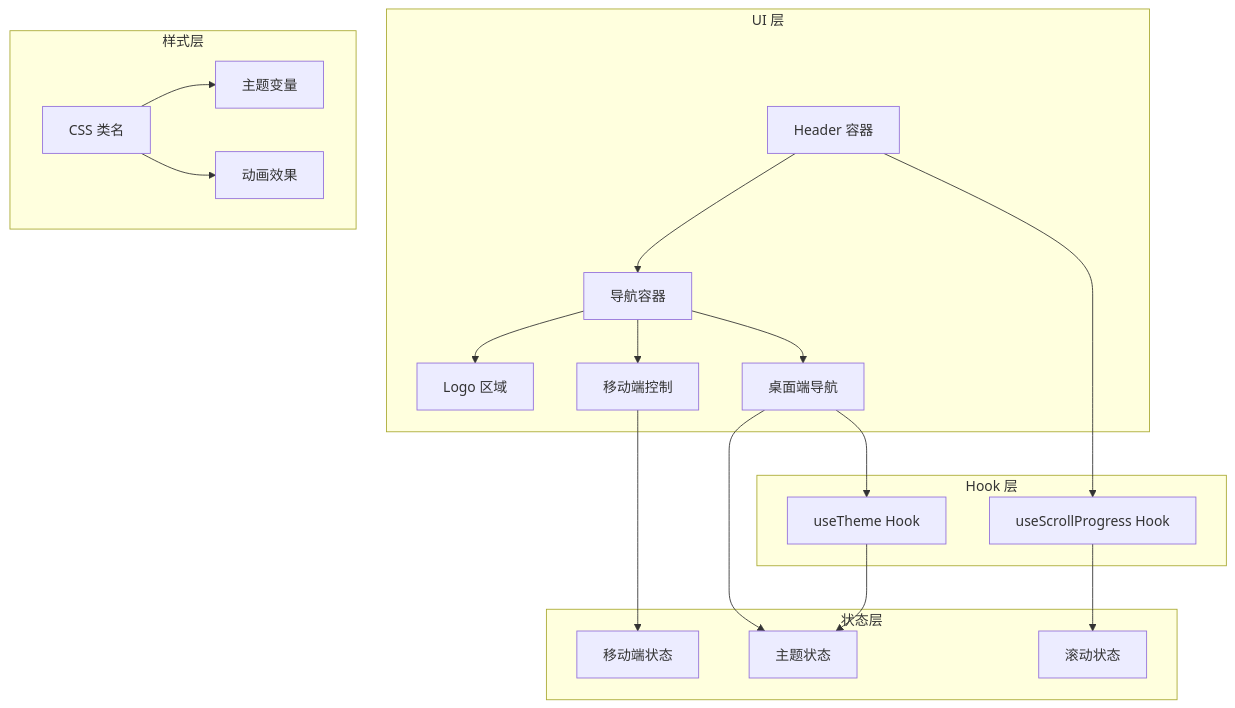
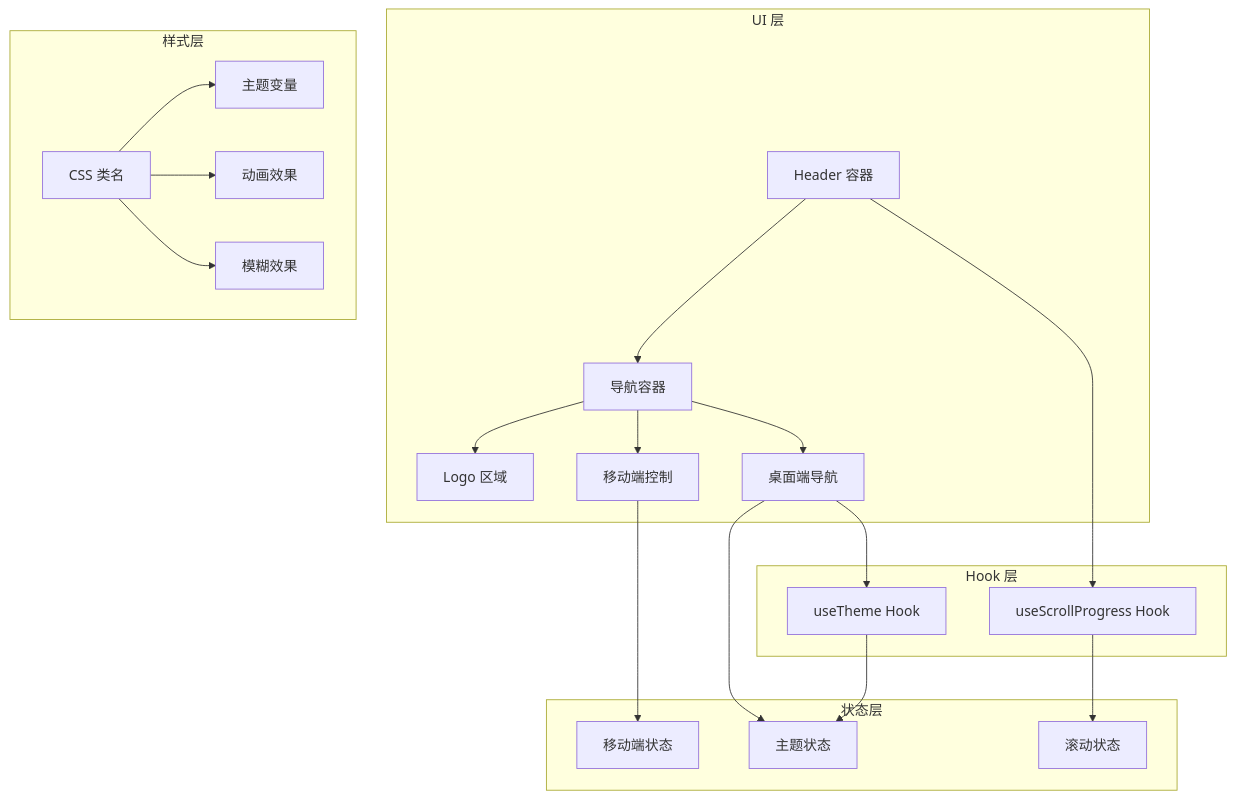
Before and after one commit to InfSky-233/B02: the second of 7 diagrams in .qoder/repowiki/zh/content/组件系统/导航栏组件 (Navbar).md, drawn with Mermaid. The commit also changed other lines of this file and 12 other files, not shown here.

````diff
--- a/.qoder/repowiki/zh/content/组件系统/导航栏组件 (Navbar).md
+++ b/.qoder/repowiki/zh/content/组件系统/导航栏组件 (Navbar).md
@@ -130,36 +140,38 @@
 ```mermaid
 graph TD
 subgraph "UI 层"
 Header[Header 容器]
 Nav[导航容器]
 Logo[Logo 区域]
 DesktopNav[桌面端导航]
 MobileControls[移动端控制]
 end
 subgraph "状态层"
 MobileState[移动端状态]
 ThemeState[主题状态]
 ScrollState[滚动状态]
 end
 subgraph "Hook 层"
 useScrollProgress[useScrollProgress Hook]
 useTheme[useTheme Hook]
 end
 subgraph "样式层"
 CSSClasses[CSS 类名]
 ThemeVars[主题变量]
 Animations[动画效果]
+BlurEffects[模糊效果]
 end
 Header --> Nav
 Nav --> Logo
 Nav --> DesktopNav
 Nav --> MobileControls
 DesktopNav --> ThemeState
 MobileControls --> MobileState
 Header --> useScrollProgress
 DesktopNav --> useTheme
 useScrollProgress --> ScrollState
 useTheme --> ThemeState
 CSSClasses --> ThemeVars
 CSSClasses --> Animations
+CSSClasses --> BlurEffects
 ```
````
